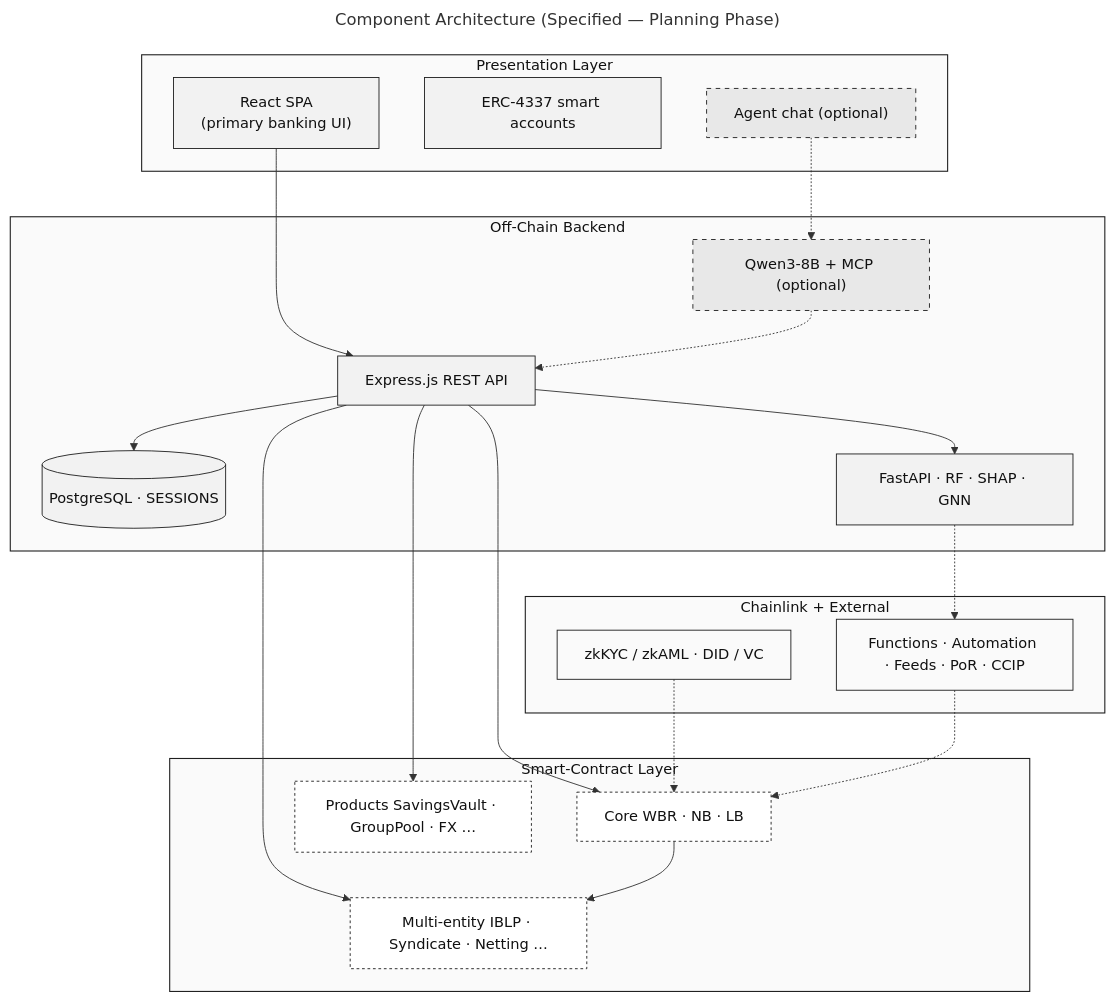
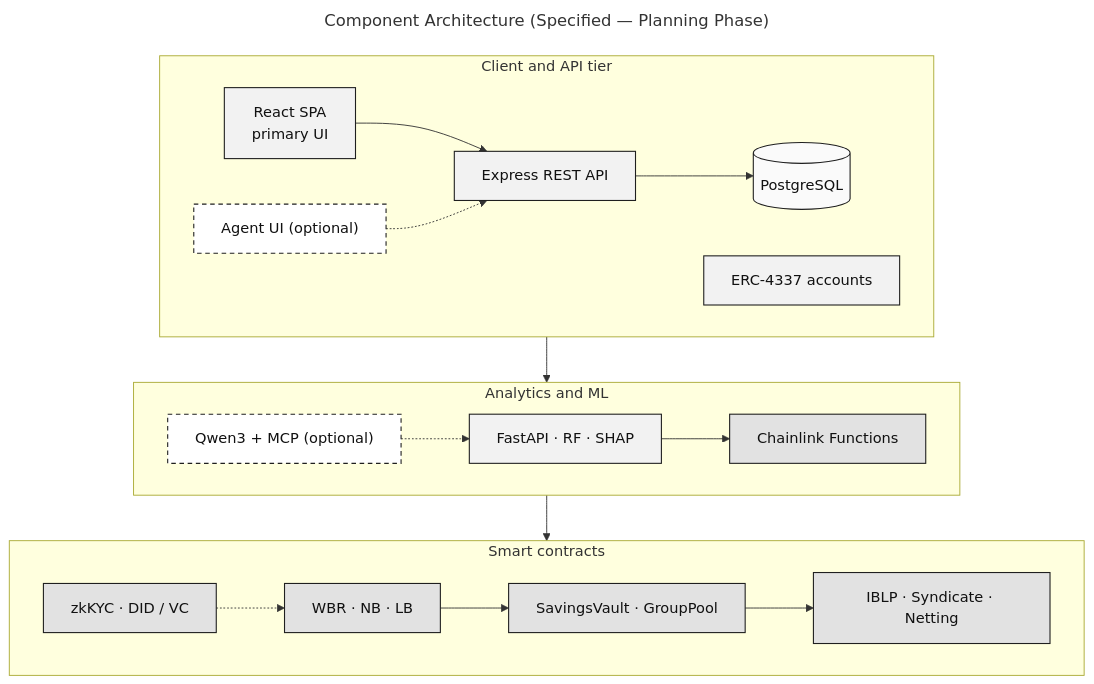
The diagram in Documentation/Diagrams/mermaid-src/improved diagrams/fig-component-architecture.mmd (Yuvraajrahman/Cryto-World-Bank), drawn with Mermaid before and after one commit. The commit also changed 93 other files, not shown here.

First line of the commit message:
Add v30 thesis draft with Chapter 1 Mermaid diagrams and diagram pipeline updates.

```diff
--- a/Documentation/Diagrams/mermaid-src/improved diagrams/fig-component-architecture.mmd
+++ b/Documentation/Diagrams/mermaid-src/improved diagrams/fig-component-architecture.mmd
@@ -1,48 +1,39 @@
 ---
 title: Component Architecture (Specified — Planning Phase)
 ---
 flowchart TB
-    classDef layer fill:#FAFAFA,stroke:#1F1F1F,stroke-width:1.2px,color:#111111
-    classDef node  fill:#F2F2F2,stroke:#1F1F1F,stroke-width:1px,color:#111111
-    classDef spec fill:#FFFFFF,stroke:#1F1F1F,stroke-width:1px,color:#111111,stroke-dasharray:3 3
-    classDef opt   fill:#E8E8E8,stroke:#1F1F1F,stroke-width:1px,color:#111111,stroke-dasharray:5 5
-    classDef ext   fill:#FAFAFA,stroke:#1F1F1F,stroke-width:1px,color:#111111
+    classDef step fill:#F2F2F2,stroke:#1F1F1F,stroke-width:1.2px,color:#111111
+    classDef store fill:#FAFAFA,stroke:#1F1F1F,stroke-width:1.2px,color:#111111
+    classDef chain fill:#E2E2E2,stroke:#1F1F1F,stroke-width:1.2px,color:#111111
+    classDef opt fill:#FFFFFF,stroke:#1F1F1F,stroke-width:1.2px,color:#111111,stroke-dasharray:5 4
 
-    subgraph FE[" Presentation Layer "]
-        UI["React SPA<br/>(primary banking UI)"]:::node
-        AA["ERC-4337 smart accounts"]:::node
-        AGUI["Agent chat (optional)"]:::opt
+    subgraph TOP[" Client and API tier "]
+        direction LR
+        UI["React SPA<br/>primary UI"]:::step
+        AA["ERC-4337 accounts"]:::step
+        API["Express REST API"]:::step
+        PG[("PostgreSQL")]:::store
+        UI --> API --> PG
+        AGUI["Agent UI (optional)"]:::opt -.-> API
     end
 
-    subgraph BE[" Off-Chain Backend "]
-        API["Express.js REST API"]:::node
-        PG[("PostgreSQL · SESSIONS")]:::node
-        ML["FastAPI · RF · SHAP · GNN"]:::node
-        AG["Qwen3-8B + MCP (optional)"]:::opt
+    subgraph MID[" Analytics and ML "]
+        direction LR
+        ML["FastAPI · RF · SHAP"]:::step
+        AG["Qwen3 + MCP (optional)"]:::opt
+        CL["Chainlink Functions"]:::chain
+        ML --> CL
+        AG -.-> ML
     end
 
-    subgraph SC[" Smart-Contract Layer "]
-        CORE["Core WBR · NB · LB"]:::spec
-        PROD["Products SavingsVault · GroupPool · FX …"]:::spec
-        MEO["Multi-entity IBLP · Syndicate · Netting …"]:::spec
+    subgraph BOT[" Smart contracts "]
+        direction LR
+        CORE["WBR · NB · LB"]:::chain
+        PROD["SavingsVault · GroupPool"]:::chain
+        MEO["IBLP · Syndicate · Netting"]:::chain
+        ZK["zkKYC · DID / VC"]:::chain
+        CORE --> PROD --> MEO
+        ZK -.-> CORE
     end
 
-    subgraph EXT[" Chainlink + External "]
-        CL["Functions · Automation · Feeds · PoR · CCIP"]:::ext
-        KYC["zkKYC / zkAML · DID / VC"]:::ext
-    end
-
-    UI --> API
-    AGUI -.-> AG
-    AG -.-> API
-    API --> PG
-    API --> ML
-    API --> CORE
-    API --> PROD
-    API --> MEO
-    ML -.-> CL
-    CORE --> MEO
-    KYC -.-> CORE
-    CL -.-> CORE
-
-    class FE,BE,SC,EXT layer
+    TOP --> MID --> BOT
```
